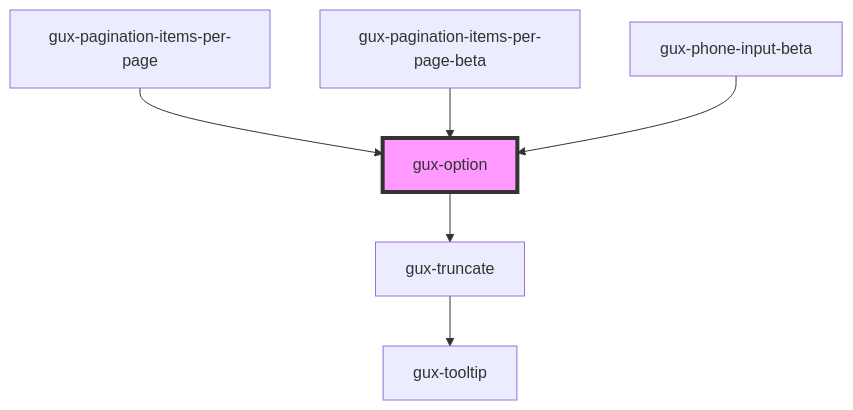
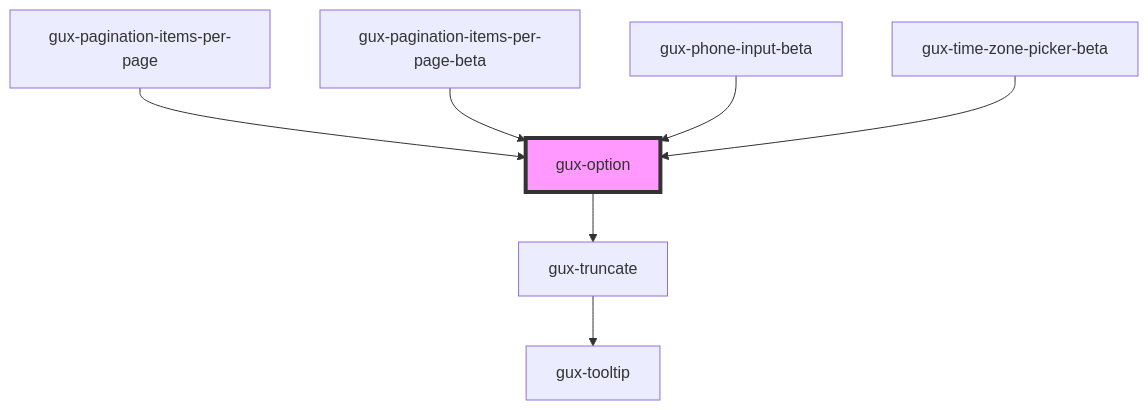
One commit to MyPureCloud/genesys-spark changed the diagram in packages/genesys-spark-components/src/components/stable/gux-listbox/options/gux-option/readme.md. Above: the diagram before and after it, drawn with Mermaid. The commit also changed other lines of this file and 22 other files, not shown here.

First line of the commit message:
feat(gux-time-zone-picker-beta): add a time zone picker component

````diff
--- a/packages/genesys-spark-components/src/components/stable/gux-listbox/options/gux-option/readme.md
+++ b/packages/genesys-spark-components/src/components/stable/gux-listbox/options/gux-option/readme.md
@@ -38,9 +39,10 @@
 ```mermaid
 graph TD;
   gux-option --> gux-truncate
   gux-truncate --> gux-tooltip
   gux-pagination-items-per-page --> gux-option
   gux-pagination-items-per-page-beta --> gux-option
   gux-phone-input-beta --> gux-option
+  gux-time-zone-picker-beta --> gux-option
   style gux-option fill:#f9f,stroke:#333,stroke-width:4px
 ```
````
